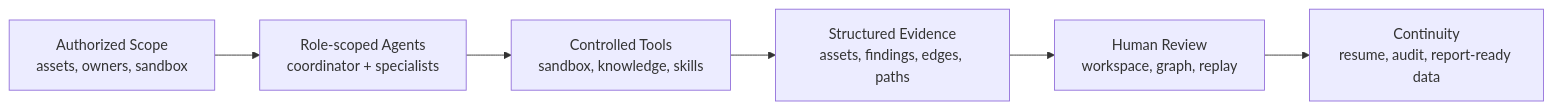
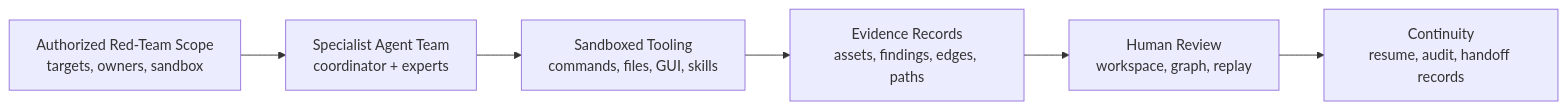
The second of 7 diagrams in README.md (MolTau9527/Z3r0), drawn with Mermaid before and after one commit. The commit also changed other lines of this file and 4 other files, not shown here.

Commit message:
docs: Refine red-team positioning across README and landing page

````diff
--- a/README.md
+++ b/README.md
@@ -85,8 +87,8 @@
 ```mermaid
 flowchart LR
-  Scope["Authorized Scope<br/>assets, owners, sandbox"] --> Agents["Role-scoped Agents<br/>coordinator + specialists"]
-  Agents --> Tools["Controlled Tools<br/>sandbox, knowledge, skills"]
-  Tools --> Evidence["Structured Evidence<br/>assets, findings, edges, paths"]
+  Scope["Authorized Red-Team Scope<br/>targets, owners, sandbox"] --> Agents["Specialist Agent Team<br/>coordinator + experts"]
+  Agents --> Tools["Sandboxed Tooling<br/>commands, files, GUI, skills"]
+  Tools --> Evidence["Evidence Records<br/>assets, findings, edges, paths"]
   Evidence --> Review["Human Review<br/>workspace, graph, replay"]
-  Review --> Continuity["Continuity<br/>resume, audit, report-ready data"]
+  Review --> Continuity["Continuity<br/>resume, audit, handoff records"]
 ```
````
